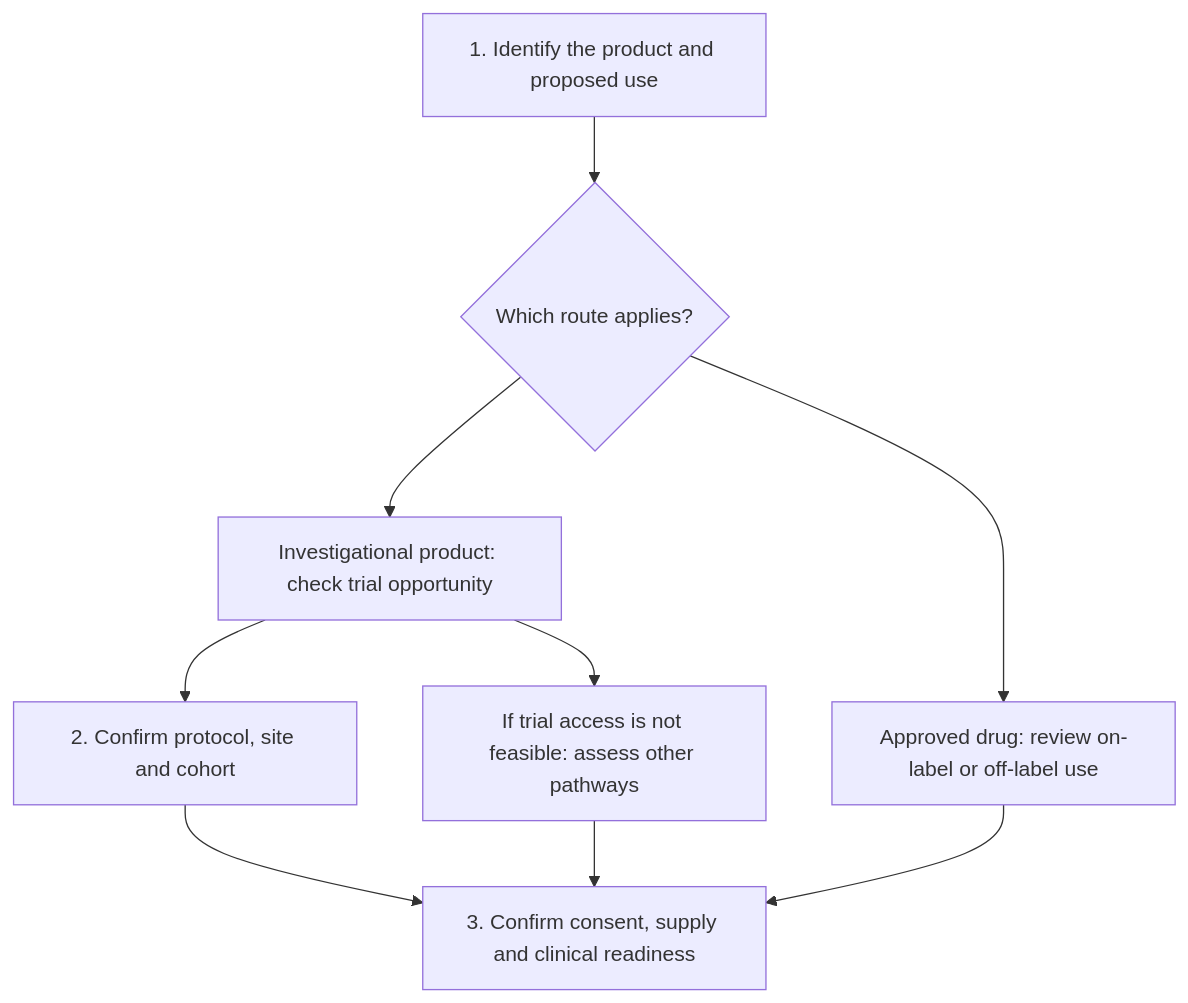
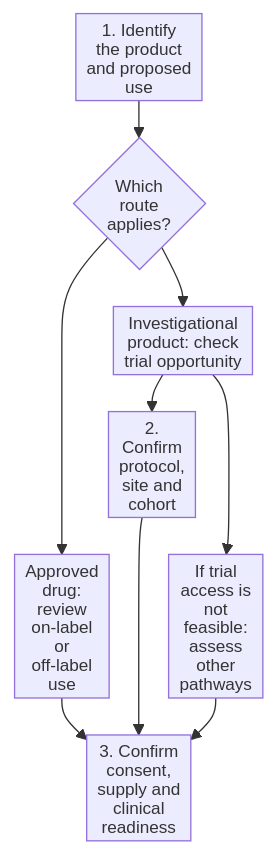
One commit to jasonLaster/oncoguide changed the diagram in wiki/education/guides/accessing-experimental-therapy/index.md. Above: the diagram before and after it, drawn with Mermaid. The commit also changed other lines of this file and 31 other files, not shown here.

Commit message:
Sync drug mechanisms, regulatory status and access curriculum

````diff
--- a/wiki/education/guides/accessing-experimental-therapy/index.md
+++ b/wiki/education/guides/accessing-experimental-therapy/index.md
@@ -34,11 +34,14 @@
 ```mermaid
+%%{init: {"htmlLabels":false,"themeVariables":{"fontSize":"13px"},"flowchart":{"htmlLabels":false,"padding":4,"nodeSpacing":8,"rankSpacing":28}}}%%
 flowchart TD
-  A[1. Identify the product and proposed use] --> B{Which route applies?}
-  B --> C[Approved drug: review on-label or off-label use]
-  B --> D[Investigational product: check trial opportunity]
-  D --> E[2. Confirm protocol, site and cohort]
-  D --> F[If trial access is not feasible: assess other pathways]
-  E --> G[3. Confirm consent, supply and clinical readiness]
+  A[1. Identify<br/>the product<br/>and proposed<br/>use] --> B{Which<br/>route<br/>applies?}
+  B --> C[Approved<br/>drug:<br/>review<br/>on-label<br/>or<br/>off-label<br/>use]
+  B --> D[Investigational<br/>product: check<br/>trial opportunity]
+  D --> E[2.<br/>Confirm<br/>protocol,<br/>site and<br/>cohort]
+  D --> F[If trial<br/>access is<br/>not<br/>feasible:<br/>assess<br/>other<br/>pathways]
+  E --> G[3. Confirm<br/>consent,<br/>supply and<br/>clinical<br/>readiness]
   F --> G
   C --> G
+  E --- F
+  linkStyle 8 stroke:transparent,stroke-width:0
 ```
````
